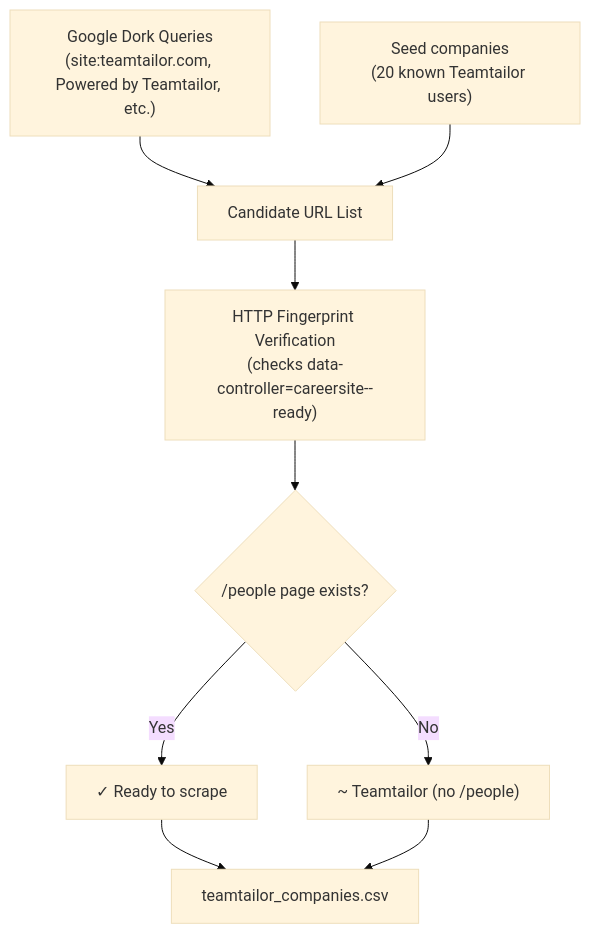
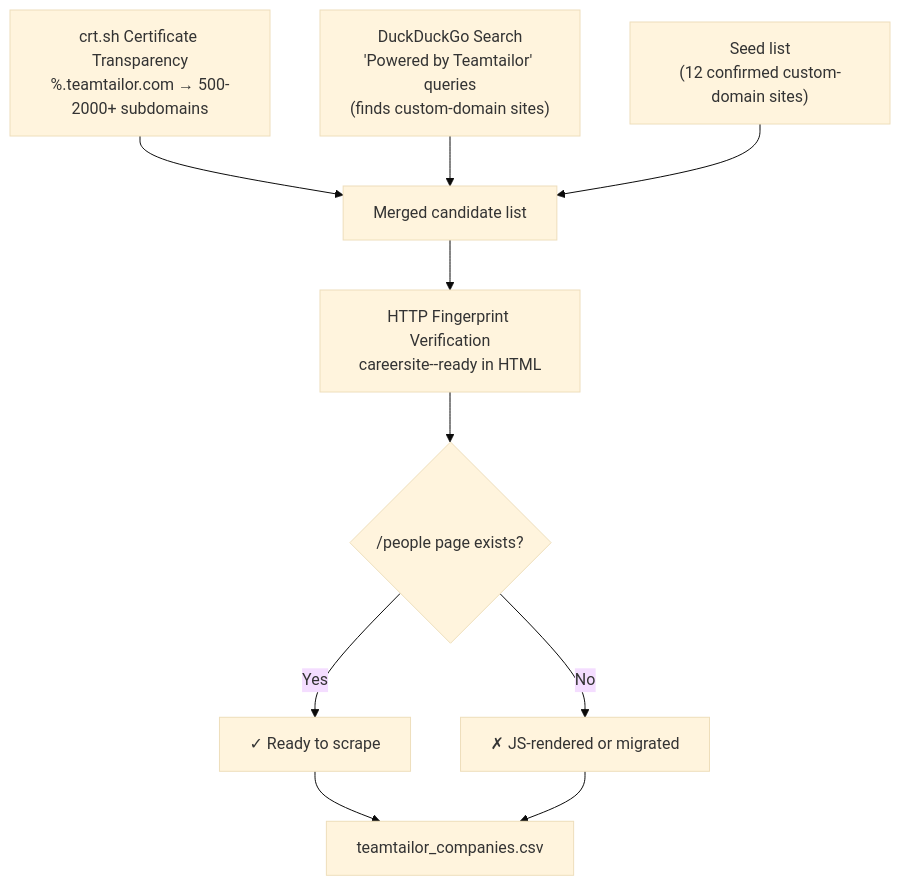
The second of 2 diagrams in README.md (diane-michaela/coding_sourcer), drawn with Mermaid (base theme) before and after one commit. The commit also changed other lines of this file and 1 other file, not shown here.

Commit message:
Fix discovery: replace Google dorks with crt.sh + DuckDuckGo
Made-with: Cursor

````diff
--- a/README.md
+++ b/README.md
@@ -105,11 +105,12 @@
 ```mermaid
 flowchart TD
-    A["Google Dork Queries<br/>(site:teamtailor.com, Powered by Teamtailor, etc.)"] --> B["Candidate URL List"]
-    C["Seed companies<br/>(20 known Teamtailor users)"] --> B
-    B --> D["HTTP Fingerprint Verification<br/>(checks data-controller=careersite--ready)"]
-    D --> E{"/people page exists?"}
-    E -- Yes --> F["✓ Ready to scrape"]
-    E -- No  --> G["~ Teamtailor (no /people)"]
-    F --> H["teamtailor_companies.csv"]
-    G --> H
+    A["crt.sh Certificate Transparency<br/>%.teamtailor.com → 500-2000+ subdomains"] --> D
+    B["DuckDuckGo Search<br/>'Powered by Teamtailor' queries<br/>(finds custom-domain sites)"] --> D
+    C["Seed list<br/>(12 confirmed custom-domain sites)"] --> D
+    D["Merged candidate list"] --> E["HTTP Fingerprint Verification<br/>careersite--ready in HTML"]
+    E --> F{"/people page exists?"}
+    F -- Yes --> G["✓ Ready to scrape"]
+    F -- No  --> H["✗ JS-rendered or migrated"]
+    G --> I["teamtailor_companies.csv"]
+    H --> I
 ```
````
